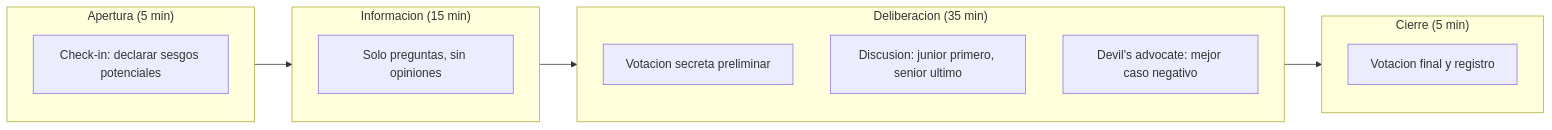
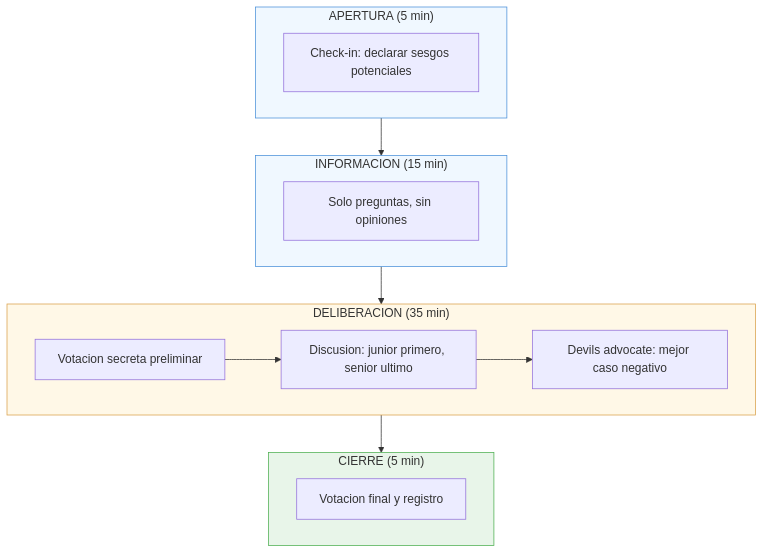
One commit to gonzalezulises/mas-control-mas-caos changed the diagram in assets/diagrams/B10-sesion-gate.mermaid. Above: the diagram before and after it, drawn with Mermaid. The commit also changed 4 other files, not shown here.

First line of the commit message:
Fix diagram layouts with titles on top

```diff
--- a/assets/diagrams/B10-sesion-gate.mermaid
+++ b/assets/diagrams/B10-sesion-gate.mermaid
@@ -1,20 +1,27 @@
-flowchart LR
-    subgraph Apertura["Apertura (5 min)"]
+%%{init: {'flowchart': {'curve': 'basis'}}}%%
+flowchart TB
+    subgraph A["APERTURA (5 min)"]
         A1[Check-in: declarar sesgos potenciales]
     end
 
-    subgraph Informacion["Informacion (15 min)"]
-        A2[Solo preguntas, sin opiniones]
+    subgraph B["INFORMACION (15 min)"]
+        B1[Solo preguntas, sin opiniones]
     end
 
-    subgraph Deliberacion["Deliberacion (35 min)"]
-        A3[Votacion secreta preliminar]
-        A4[Discusion: junior primero, senior ultimo]
-        A5[Devil's advocate: mejor caso negativo]
+    subgraph C["DELIBERACION (35 min)"]
+        C1[Votacion secreta preliminar]
+        C2[Discusion: junior primero, senior ultimo]
+        C3[Devils advocate: mejor caso negativo]
+        C1 --> C2 --> C3
     end
 
-    subgraph Cierre["Cierre (5 min)"]
-        A6[Votacion final y registro]
+    subgraph D["CIERRE (5 min)"]
+        D1[Votacion final y registro]
     end
 
-    Apertura --> Informacion --> Deliberacion --> Cierre
+    A --> B --> C --> D
+
+    style A fill:#f0f8ff,stroke:#4a90d9
+    style B fill:#f0f8ff,stroke:#4a90d9
+    style C fill:#fff8e7,stroke:#d9a04a
+    style D fill:#e8f5e9,stroke:#4caf50
```
